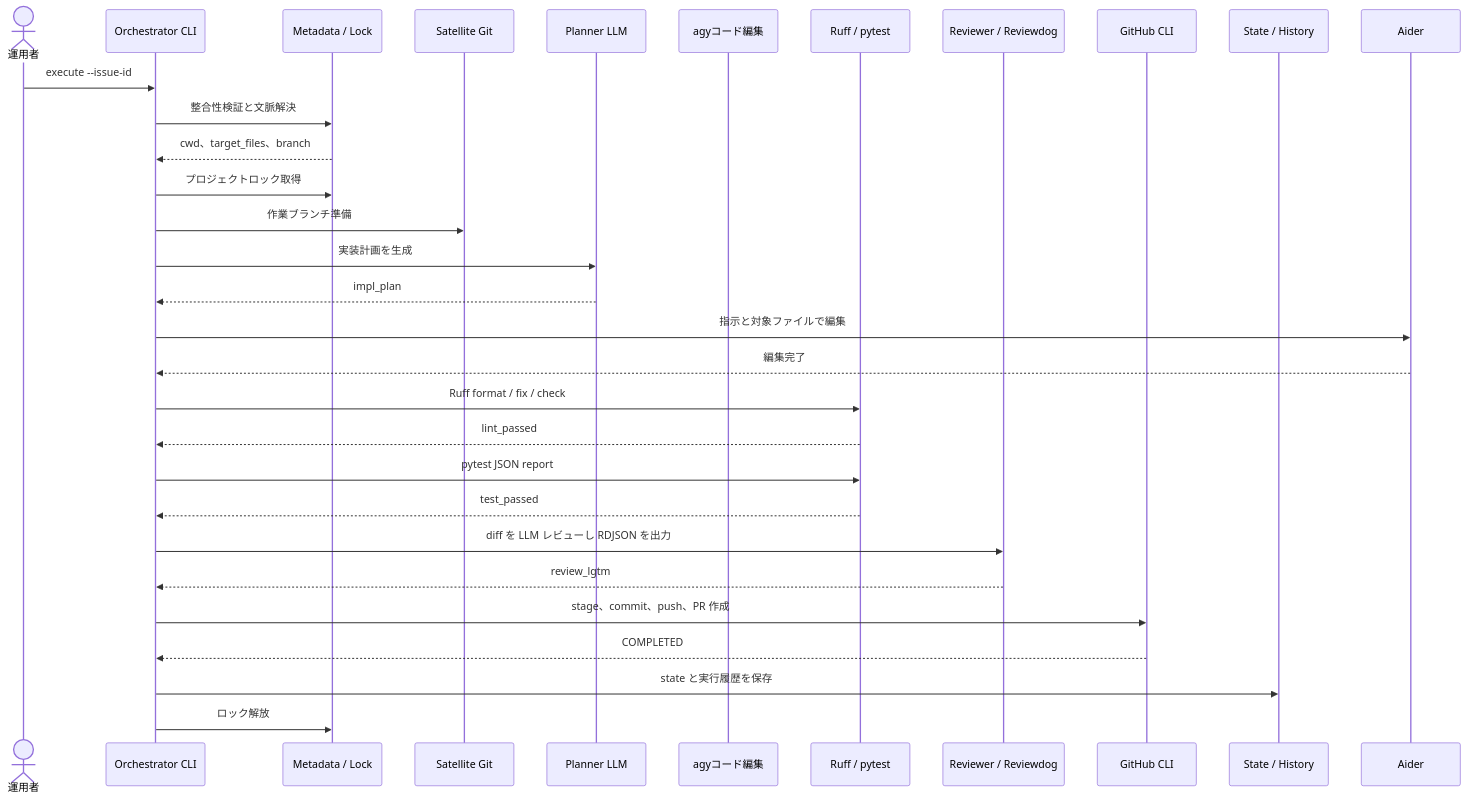
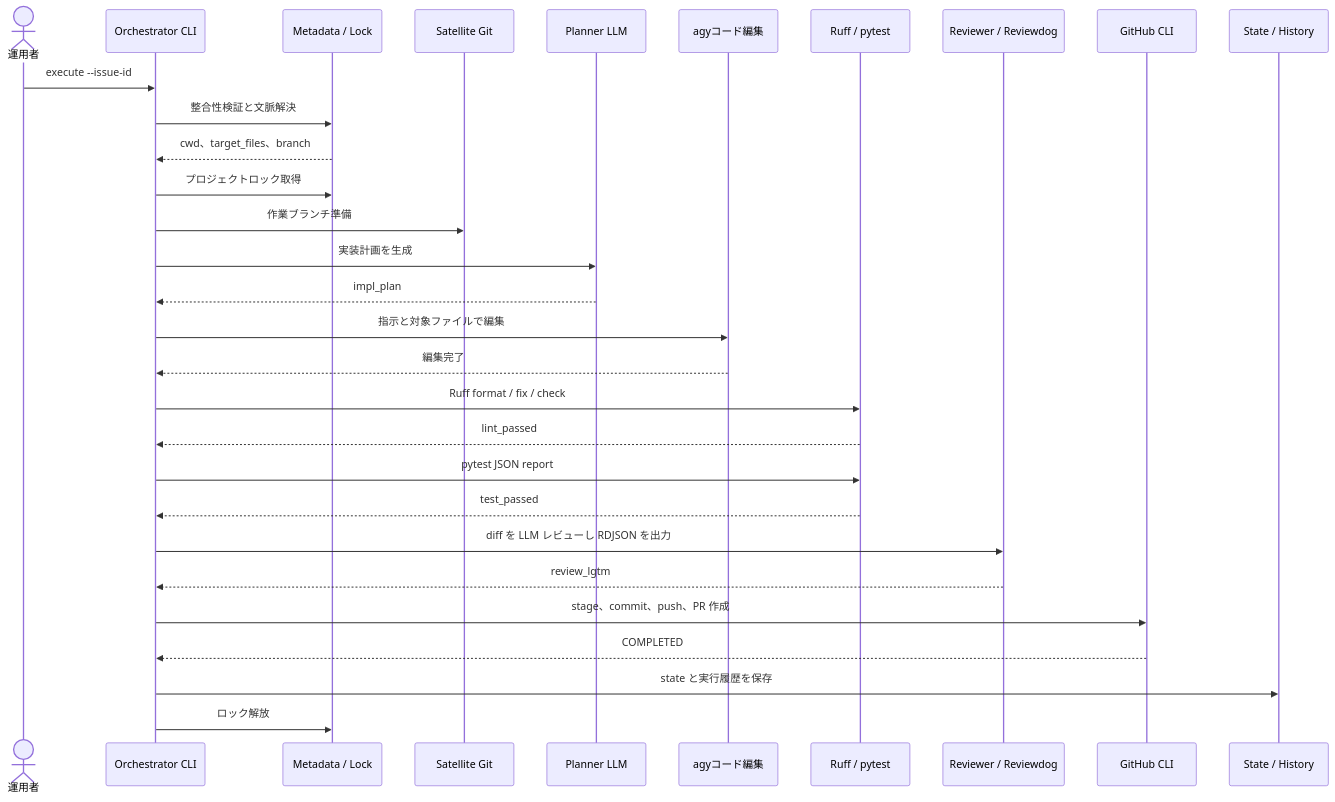
Before and after one commit to xzyozi/second-brain-graph: the second of 3 diagrams in docs/design/SBOS-DD-003_詳細設計書.md, drawn with Mermaid. The commit also changed other lines of this file and 14 other files, not shown here.

````diff
--- a/docs/design/SBOS-DD-003_詳細設計書.md
+++ b/docs/design/SBOS-DD-003_詳細設計書.md
@@ -160,33 +160,33 @@
 ```mermaid
 sequenceDiagram
     actor Operator as 運用者
     participant CLI as Orchestrator CLI
     participant Meta as Metadata / Lock
     participant Git as Satellite Git
     participant Plan as Planner LLM
     participant Agy as agyコード編集
     participant Quality as Ruff / pytest
     participant Review as Reviewer / Reviewdog
     participant PR as GitHub CLI
     participant Audit as State / History
 
     Operator->>CLI: execute --issue-id
     CLI->>Meta: 整合性検証と文脈解決
     Meta-->>CLI: cwd、target_files、branch
     CLI->>Meta: プロジェクトロック取得
     CLI->>Git: 作業ブランチ準備
     CLI->>Plan: 実装計画を生成
     Plan-->>CLI: impl_plan
-    CLI->>Aider: 指示と対象ファイルで編集
-    Aider-->>CLI: 編集完了
+    CLI->>Agy: 指示と対象ファイルで編集
+    Agy-->>CLI: 編集完了
     CLI->>Quality: Ruff format / fix / check
     Quality-->>CLI: lint_passed
     CLI->>Quality: pytest JSON report
     Quality-->>CLI: test_passed
     CLI->>Review: diff を LLM レビューし RDJSON を出力
     Review-->>CLI: review_lgtm
     CLI->>PR: stage、commit、push、PR 作成
     PR-->>CLI: COMPLETED
     CLI->>Audit: state と実行履歴を保存
     CLI->>Meta: ロック解放
 ```
````
